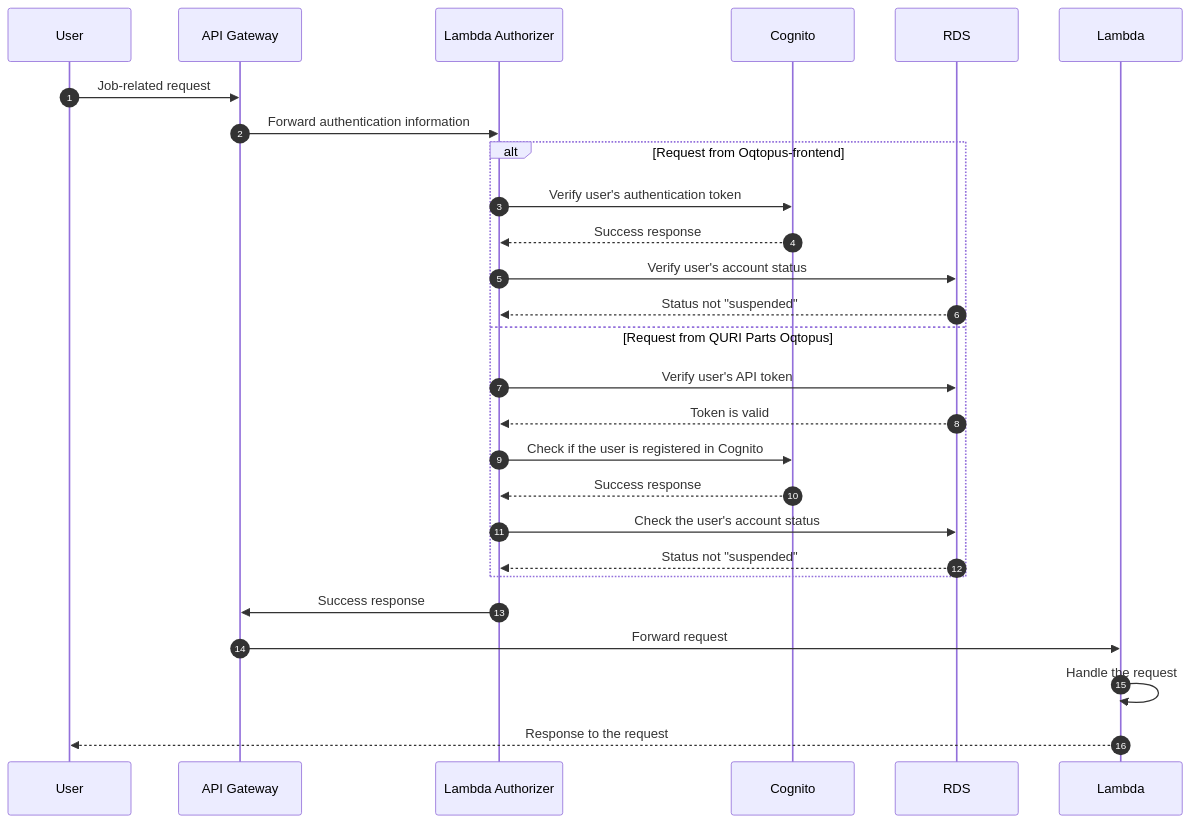
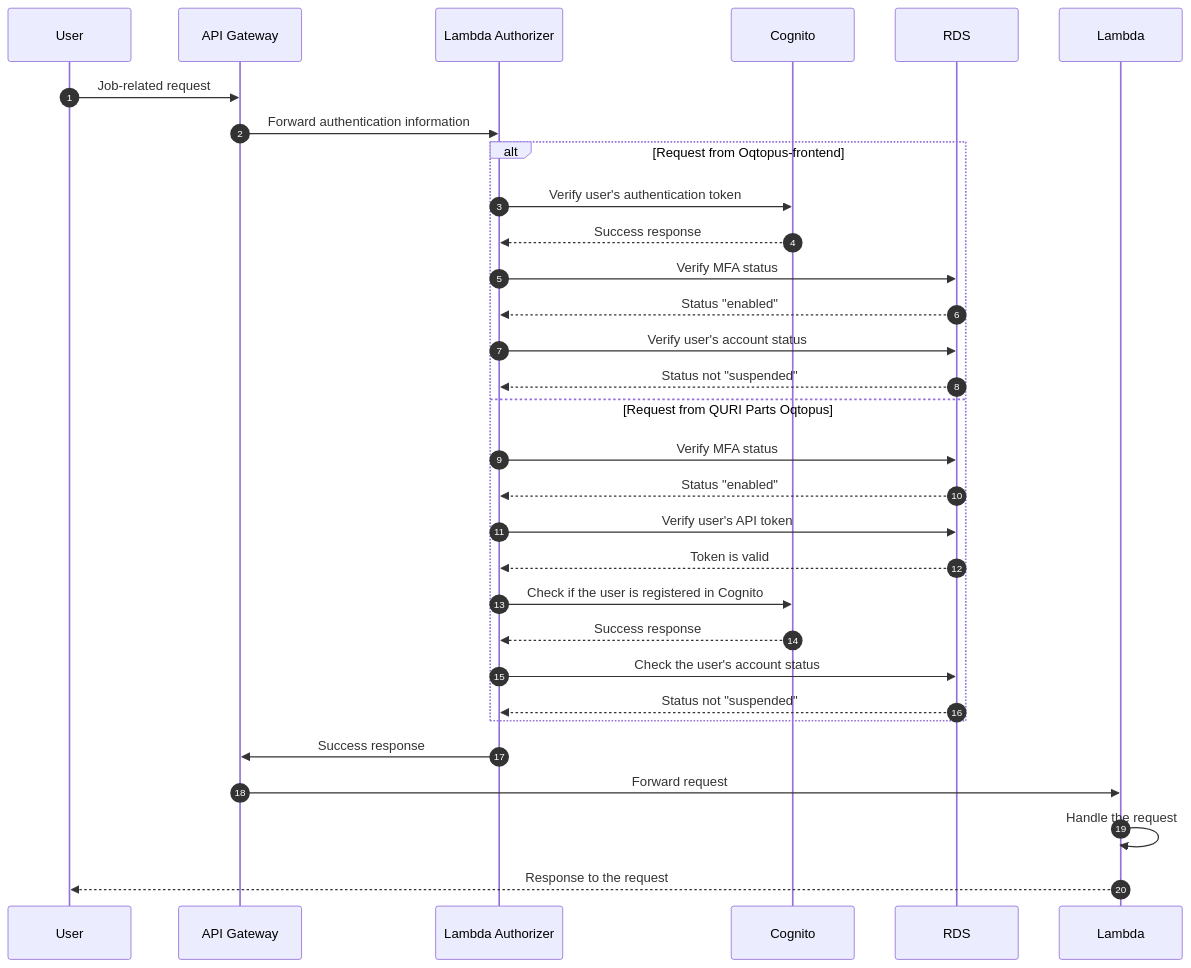
One commit to oqtopus-team/oqtopus-cloud changed the first of 2 diagrams in docs/en/architecture/frontend_authentication_flow.md. Above: the diagram before and after it, drawn with Mermaid. The commit also changed other lines of this file and 25 other files, not shown here.

````diff
--- a/docs/en/architecture/frontend_authentication_flow.md
+++ b/docs/en/architecture/frontend_authentication_flow.md
@@ -28,30 +28,34 @@
 ```mermaid
 sequenceDiagram
     autonumber
     participant U as User
     participant AG as API Gateway
     participant LA as Lambda Authorizer
     participant C as Cognito
     participant DB as RDS
     participant L as Lambda
 
     U->>AG: Job-related request
     AG->>LA: Forward authentication information
     alt Request from Oqtopus-frontend
       LA->>C: Verify user's authentication token
       C-->>LA: Success response
+      LA->>DB: Verify MFA status
+      DB-->>LA: Status "enabled"
       LA->>DB: Verify user's account status
       DB-->>LA: Status not "suspended"
     else Request from QURI Parts Oqtopus
+      LA->>DB: Verify MFA status
+      DB-->>LA: Status "enabled"
       LA->>DB: Verify user's API token
       DB-->>LA: Token is valid
       LA->>C: Check if the user is registered in Cognito
       C-->>LA: Success response
       LA->>DB: Check the user's account status
       DB-->>LA: Status not "suspended"
     end
     LA->>AG: Success response
     AG->>L: Forward request
     L->>L: Handle the request
     L-->>U: Response to the request
 ```
````
